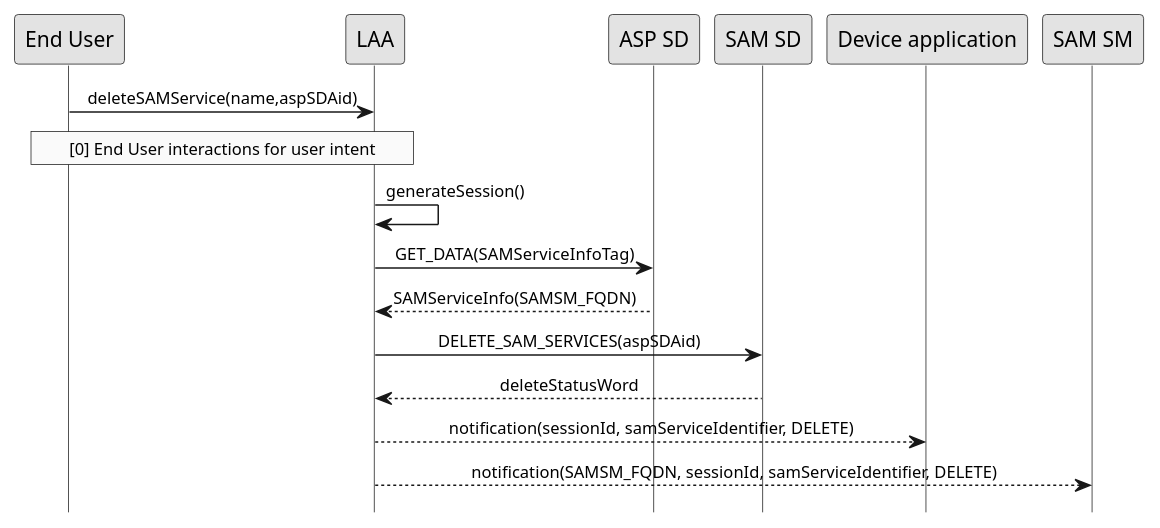
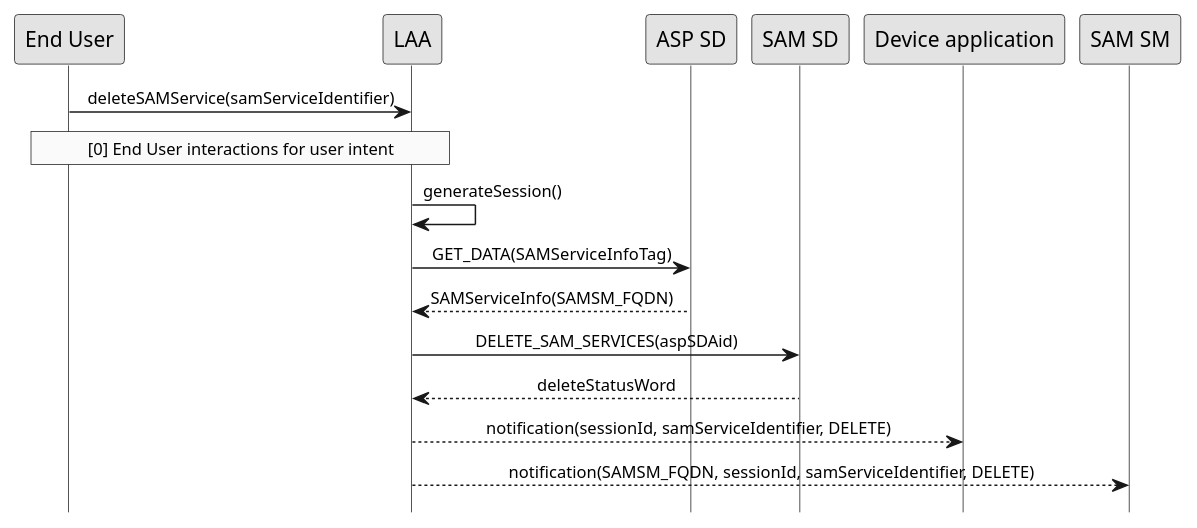
The diagram in doc/uml/delete-laa.pu (GlobalPlatform/LAA-SAM_SM-Interface), drawn with PlantUML before and after one commit. The commit also changed 10 other files, not shown here.

```diff
--- a/doc/uml/delete-laa.pu
+++ b/doc/uml/delete-laa.pu
@@ -2,29 +2,29 @@
 @startuml
  
 hide footbox
 skinparam sequenceMessageAlign center
 skinparam sequenceArrowFontSize 11
 skinparam noteFontSize 11
 skinparam monochrome true
 skinparam lifelinestrategy solid
  
-"End User" -> "LAA" : deleteSAMService(name,aspSDAid)
+"End User" -> "LAA" : deleteSAMService(samServiceIdentifier)
 
  
 rnote over "LAA", "End User"
      [0] End User interactions for user intent
 end rnote
 
 LAA -> LAA : generateSession()
 
 LAA -> "ASP SD" : GET_DATA(SAMServiceInfoTag)
 "ASP SD" --> LAA : SAMServiceInfo(SAMSM_FQDN)  
 
 "LAA" -> "SAM SD" : DELETE_SAM_SERVICES(aspSDAid) 
 "SAM SD" --> LAA : deleteStatusWord
 
  
 LAA --> "Device application" : notification(sessionId, samServiceIdentifier, DELETE)
  
 LAA --> "SAM SM" : notification(SAMSM_FQDN, sessionId, samServiceIdentifier, DELETE)
 @enduml
```
